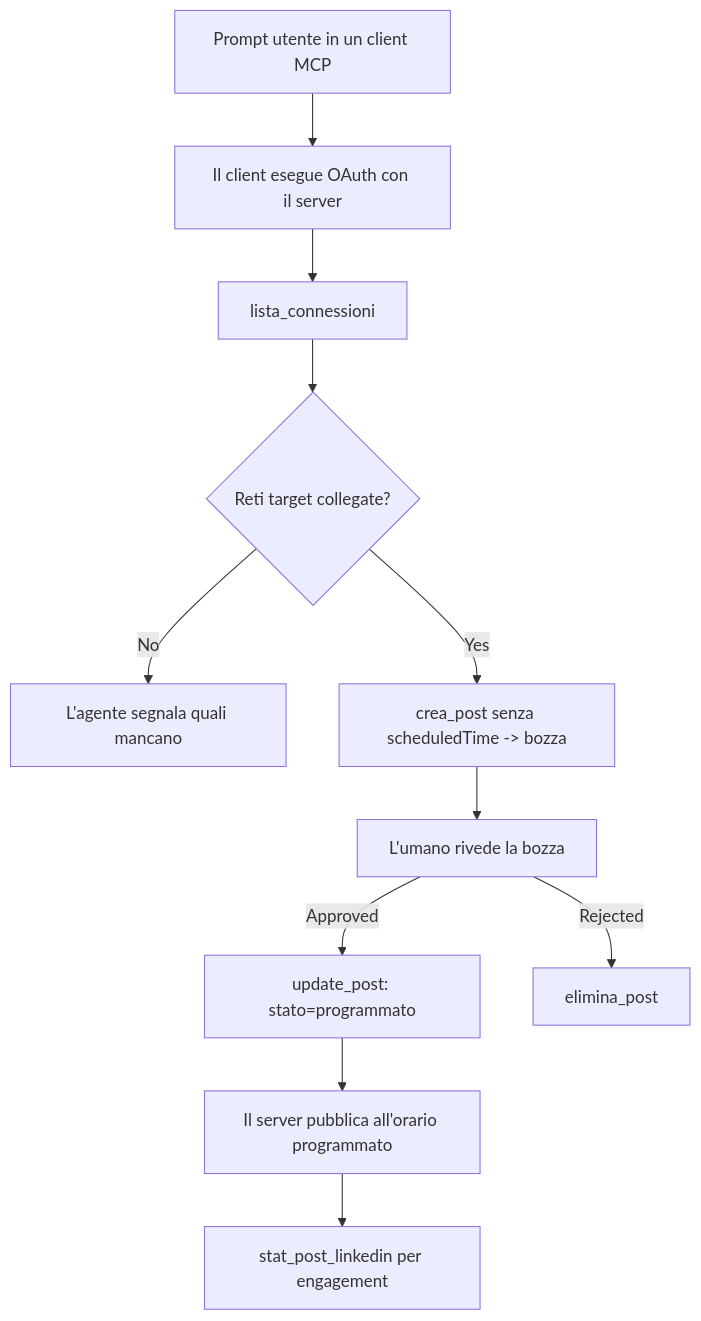
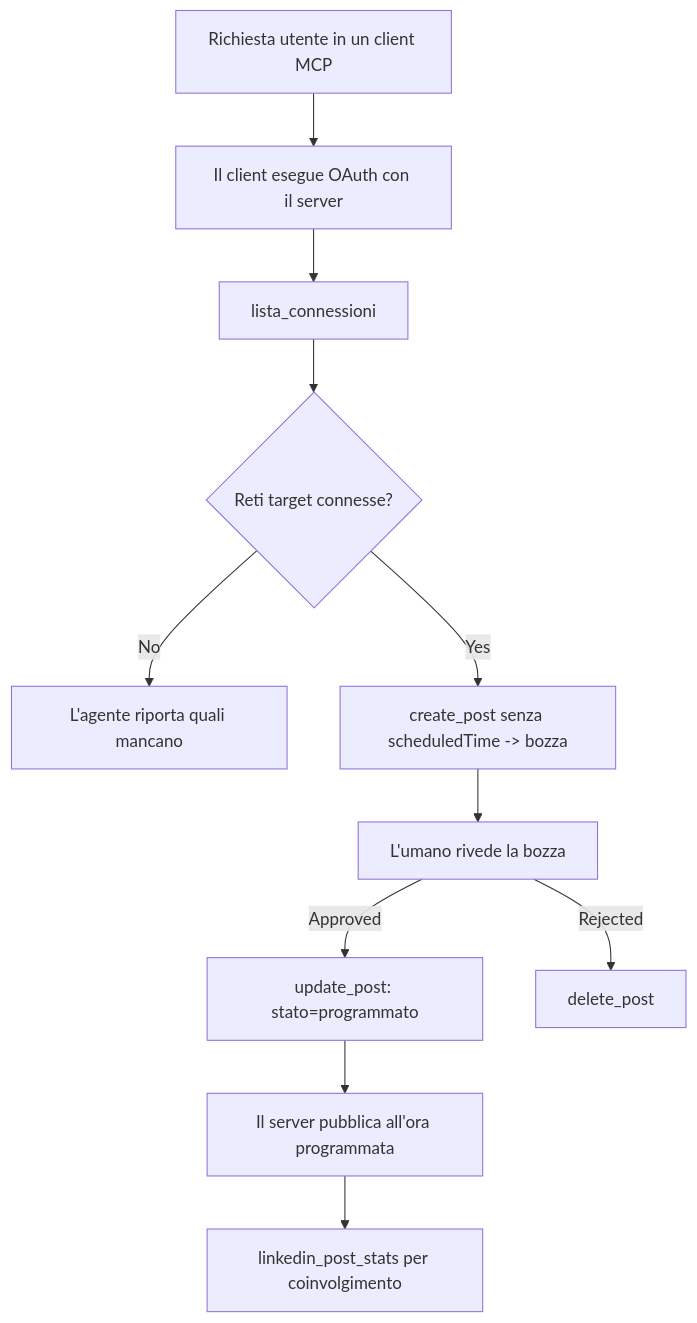
One commit to microsoft/mcp-for-beginners changed the diagram in translations/it/09-CaseStudy/publora-social-publishing.md. Above: the diagram before and after it, drawn with Mermaid. The commit also changed other lines of this file and 134 other files, not shown here.

````diff
--- a/translations/it/09-CaseStudy/publora-social-publishing.md
+++ b/translations/it/09-CaseStudy/publora-social-publishing.md
@@ -47,13 +47,13 @@
 ```mermaid
 flowchart TD
-    A[Prompt utente in un client MCP] --> B[Il client esegue OAuth con il server]
+    A[Richiesta utente in un client MCP] --> B[Il client esegue OAuth con il server]
     B --> C[lista_connessioni]
-    C --> D{Reti target collegate?}
-    D -- No --> E[L'agente segnala quali mancano]
-    D -- Yes --> F[crea_post senza scheduledTime -> bozza]
+    C --> D{Reti target connesse?}
+    D -- No --> E[L'agente riporta quali mancano]
+    D -- Yes --> F[create_post senza scheduledTime -> bozza]
     F --> G[L'umano rivede la bozza]
     G -- Approved --> H[update_post: stato=programmato]
-    G -- Rejected --> I[elimina_post]
-    H --> J[Il server pubblica all'orario programmato]
-    J --> K[stat_post_linkedin per engagement]
+    G -- Rejected --> I[delete_post]
+    H --> J[Il server pubblica all'ora programmata]
+    J --> K[linkedin_post_stats per coinvolgimento]
 ```
````
